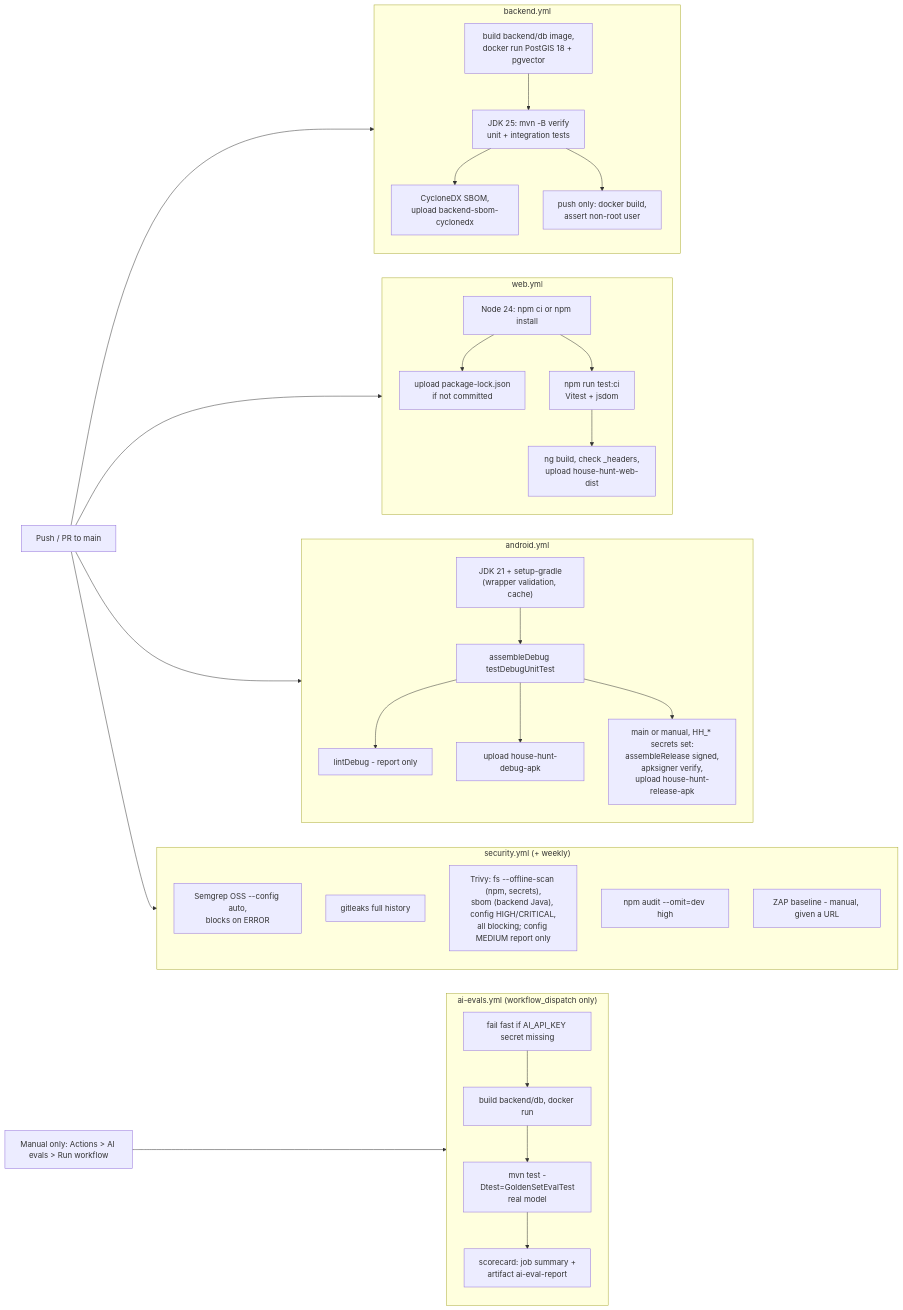
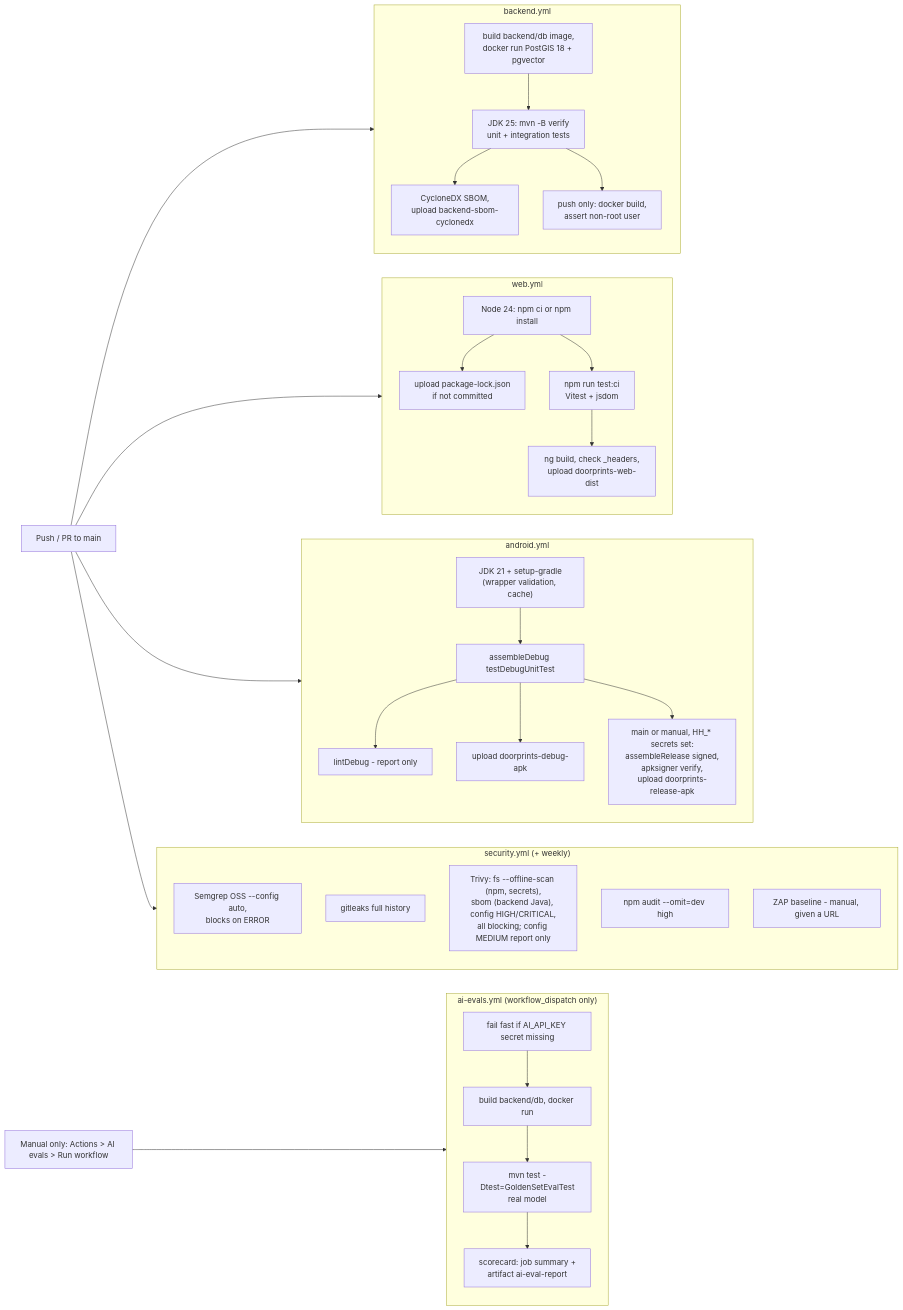
Before and after one commit to Sriram-Codes-SW/doorprints: the diagram in docs/07-secure-build-and-deploy.md, drawn with Mermaid. The commit also changed other lines of this file and 54 other files, not shown here.

First line of the commit message:
Rename product to Doorprints across Android, web, backend, AI, CI and docs

````diff
--- a/docs/07-secure-build-and-deploy.md
+++ b/docs/07-secure-build-and-deploy.md
@@ -38,33 +39,33 @@
 ```mermaid
 flowchart LR
     dev["Push / PR to main"] --> be & web & and & sec
     subgraph be["backend.yml"]
         be1["build backend/db image,<br/>docker run PostGIS 18 + pgvector"] --> be2["JDK 25: mvn -B verify<br/>unit + integration tests"]
         be2 --> be4["CycloneDX SBOM,<br/>upload backend-sbom-cyclonedx"]
         be2 --> be3["push only: docker build,<br/>assert non-root user"]
     end
     subgraph web["web.yml"]
         w1["Node 24: npm ci or npm install"] --> w2["upload package-lock.json<br/>if not committed"]
         w1 --> w4["npm run test:ci<br/>Vitest + jsdom"]
-        w4 --> w3["ng build, check _headers,<br/>upload house-hunt-web-dist"]
+        w4 --> w3["ng build, check _headers,<br/>upload doorprints-web-dist"]
     end
     subgraph and["android.yml"]
         a1["JDK 21 + setup-gradle<br/>(wrapper validation, cache)"] --> a2["assembleDebug testDebugUnitTest"]
         a2 --> a3["lintDebug - report only"]
-        a2 --> a4["upload house-hunt-debug-apk"]
-        a2 --> a5["main or manual, HH_* secrets set:<br/>assembleRelease signed,<br/>apksigner verify,<br/>upload house-hunt-release-apk"]
+        a2 --> a4["upload doorprints-debug-apk"]
+        a2 --> a5["main or manual, HH_* secrets set:<br/>assembleRelease signed,<br/>apksigner verify,<br/>upload doorprints-release-apk"]
     end
     subgraph sec["security.yml (+ weekly)"]
         s1["Semgrep OSS --config auto,<br/>blocks on ERROR"]
         s2["gitleaks full history"]
         s3["Trivy: fs --offline-scan (npm, secrets),<br/>sbom (backend Java), config HIGH/CRITICAL,<br/>all blocking; config MEDIUM report only"]
         s4["npm audit --omit=dev high"]
         s5["ZAP baseline - manual, given a URL"]
     end
     manual["Manual only: Actions > AI evals > Run workflow"] --> ai
     subgraph ai["ai-evals.yml (workflow_dispatch only)"]
         ai1["fail fast if AI_API_KEY secret missing"] --> ai2["build backend/db, docker run"]
         ai2 --> ai3["mvn test -Dtest=GoldenSetEvalTest<br/>real model"]
         ai3 --> ai4["scorecard: job summary +<br/>artifact ai-eval-report"]
     end
 ```
````
